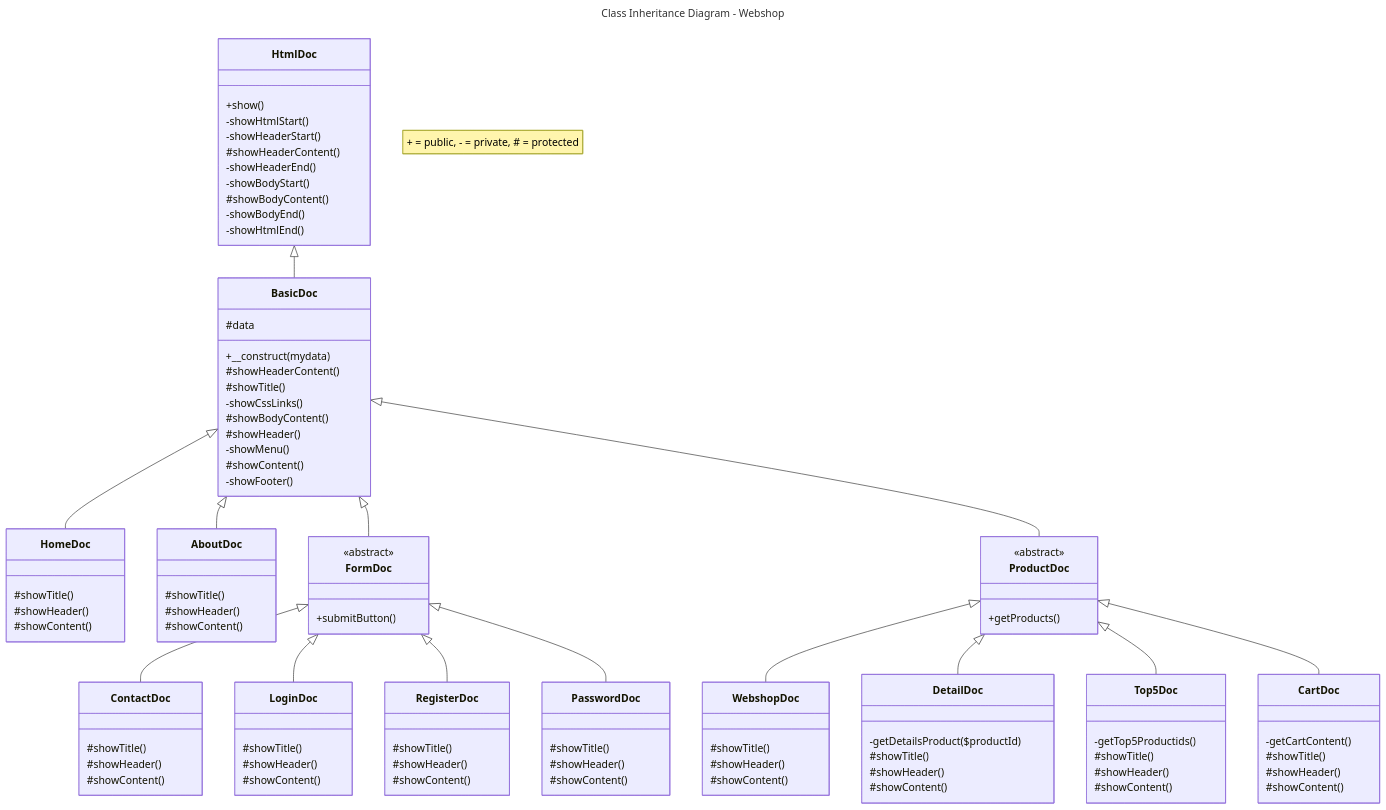
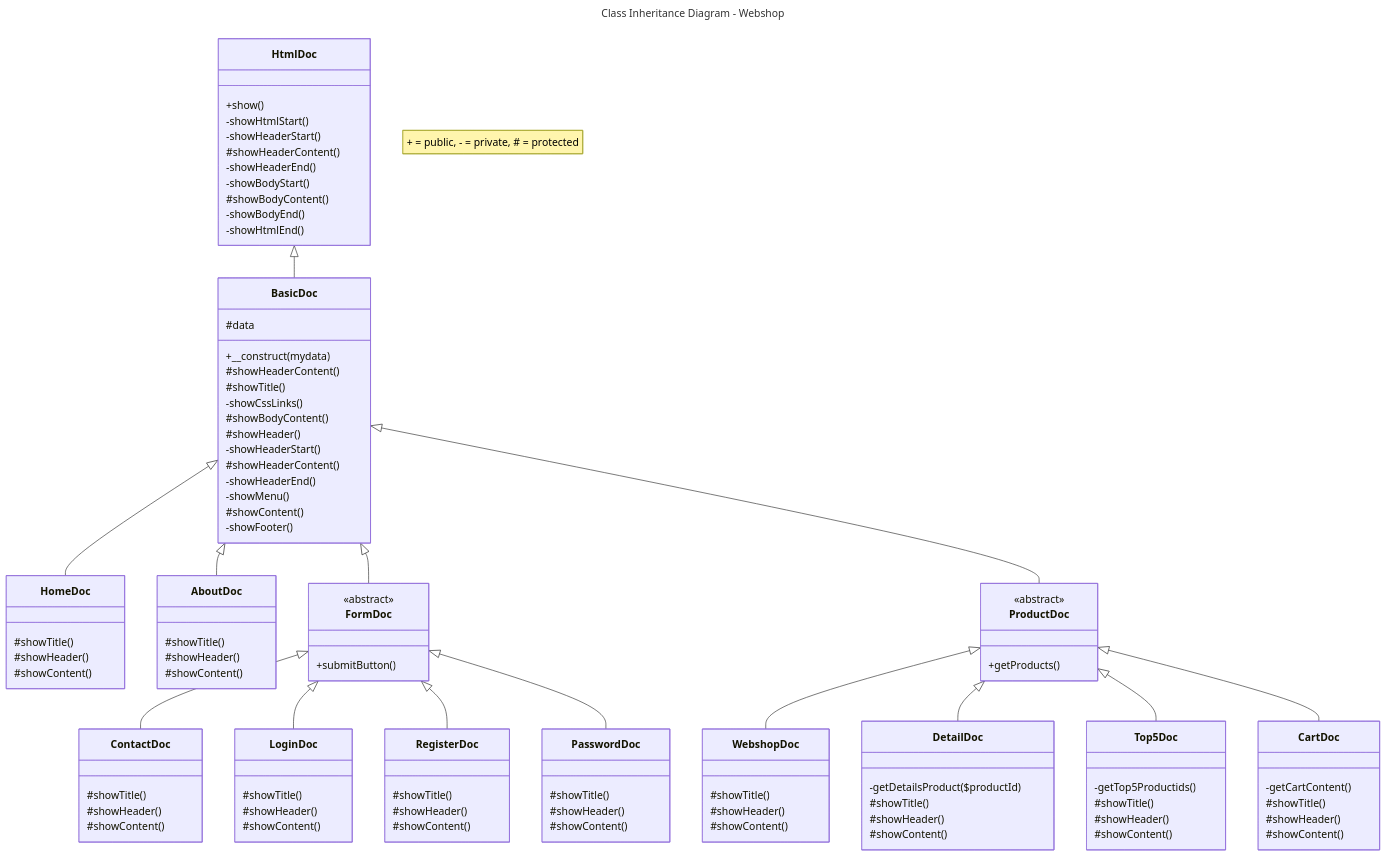
The diagram in Diagrams/class-inheritance-diagram-webshop.md (JeroenHeemskerk/educom-webshop-oop-1708595373), drawn with Mermaid before and after one commit.

```diff
--- a/Diagrams/class-inheritance-diagram-webshop.md
+++ b/Diagrams/class-inheritance-diagram-webshop.md
@@ -41,6 +41,9 @@
         -showCssLinks()
         #showBodyContent()
         #showHeader()
+            -showHeaderStart()
+            #showHeaderContent()
+            -showHeaderEnd()
         -showMenu()
         #showContent()
         -showFooter()
```
